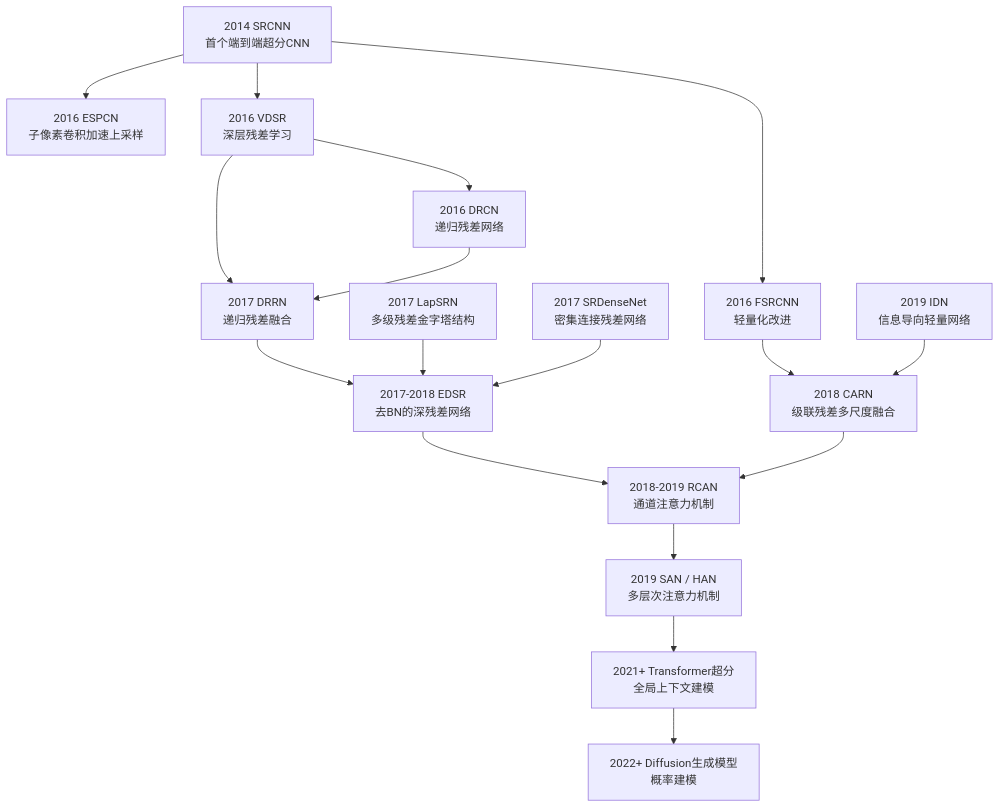
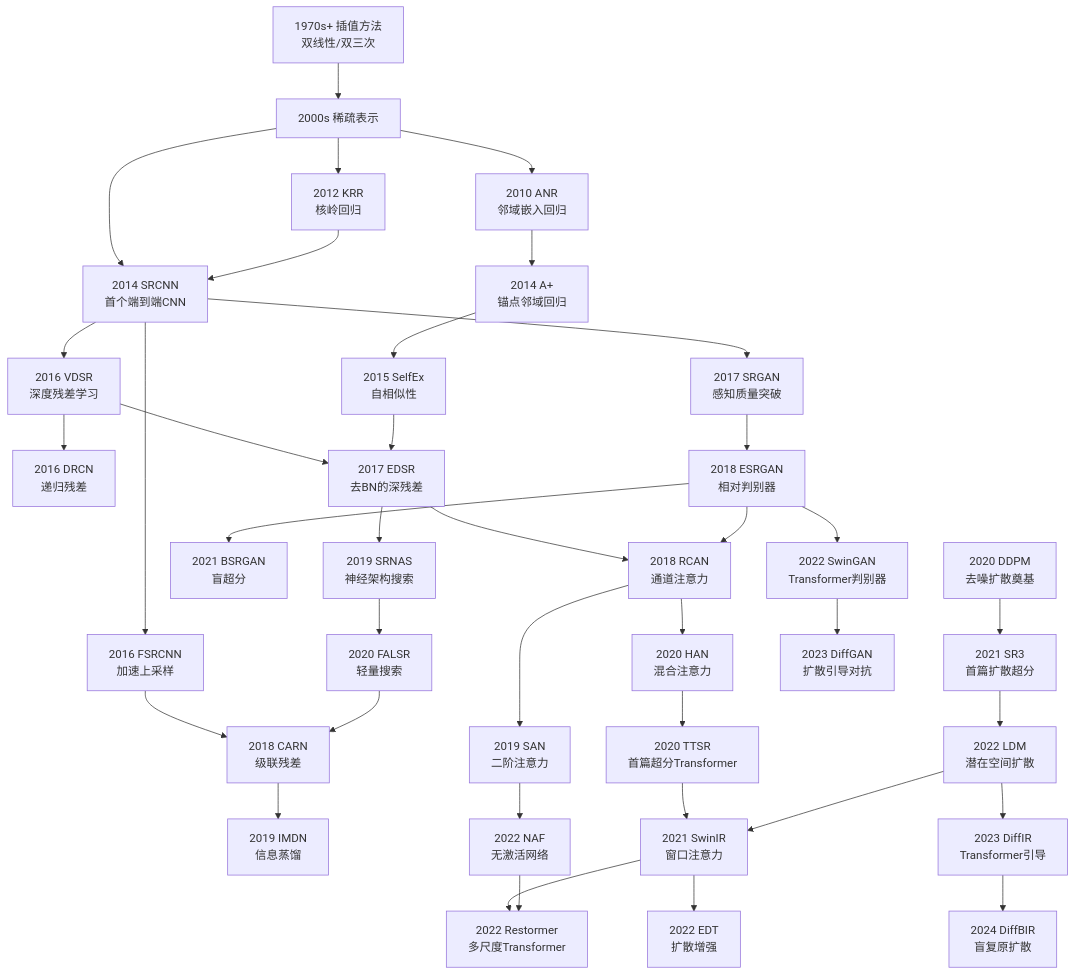
The first of 3 diagrams in docs/Content/model/index.md (boobyuuuu/LHAI), drawn with Mermaid before and after one commit. The commit also changed other lines of this file and 9 other files, not shown here.

````diff
--- a/docs/Content/model/index.md
+++ b/docs/Content/model/index.md
@@ -21,35 +23,61 @@
 ```mermaid
 graph TD
-    SRCNN[2014 SRCNN\n首个端到端超分CNN]
-    ESPCN[2016 ESPCN\n子像素卷积加速上采样]
-    VDSR[2016 VDSR\n深层残差学习]
-    DRCN[2016 DRCN\n递归残差网络]
-    FSRCNN[2016 FSRCNN\n轻量化改进]
-    DRRN[2017 DRRN\n递归残差融合]
-    LapSRN[2017 LapSRN\n多级残差金字塔结构]
-    SRDenseNet[2017 SRDenseNet\n密集连接残差网络]
-    EDSR[2017-2018 EDSR\n去BN的深残差网络]
-    IDN[2019 IDN\n信息导向轻量网络]
-    CARN[2018 CARN\n级联残差多尺度融合]
-    RCAN[2018-2019 RCAN\n通道注意力机制]
-    SAN_HAN[2019 SAN / HAN\n多层次注意力机制]
-    TRANSFORMER[2021+ Transformer超分\n全局上下文建模]
-    DIFFUSION[2022+ Diffusion生成模型\n概率建模]
-
-    SRCNN --> VDSR
-    SRCNN --> FSRCNN
-    SRCNN --> ESPCN
-    VDSR --> DRCN
-    VDSR --> DRRN
-    DRCN --> DRRN
-    DRRN --> EDSR
-    FSRCNN --> CARN
-    EDSR --> RCAN
-    CARN --> RCAN
-    RCAN --> SAN_HAN
-    SAN_HAN --> TRANSFORMER
-    TRANSFORMER --> DIFFUSION
-    LapSRN --> EDSR
-    SRDenseNet --> EDSR
-    IDN --> CARN
+    %% ===== 基础架构 =====
+    INTERP[1970s+ 插值方法<br>双线性/双三次] --> SPARSE[2000s 稀疏表示]
+    SPARSE --> NEIGHBOR[2010 ANR<br>邻域嵌入回归]
+    
+    %% ===== CNN主线 =====
+    SPARSE --> SRCNN[2014 SRCNN<br>首个端到端CNN]
+    SRCNN --> VDSR[2016 VDSR<br>深度残差学习]
+    VDSR --> DRCN[2016 DRCN<br>递归残差]
+    VDSR --> EDSR[2017 EDSR<br>去BN的深残差]
+    EDSR --> RCAN[2018 RCAN<br>通道注意力]
+    RCAN --> SAN[2019 SAN<br>二阶注意力]
+    
+    %% ===== 轻量化分支 =====
+    SRCNN --> FSRCNN[2016 FSRCNN<br>加速上采样]
+    FSRCNN --> CARN[2018 CARN<br>级联残差]
+    CARN --> IMDN[2019 IMDN<br>信息蒸馏]
+    
+    %% ===== GAN主线 =====
+    SRCNN --> SRGAN[2017 SRGAN<br>感知质量突破]
+    SRGAN --> ESRGAN[2018 ESRGAN<br>相对判别器]
+    ESRGAN --> BSRGAN[2021 BSRGAN<br>盲超分]
+    ESRGAN --> SwinGAN[2022 SwinGAN<br>Transformer判别器]
+    
+    %% ===== 注意力演进 =====
+    RCAN --> HAN[2020 HAN<br>混合注意力]
+    SAN --> NAF[2022 NAF<br>无激活网络]
+    
+    %% ===== Transformer主线 =====
+    HAN --> TTSR[2020 TTSR<br>首篇超分Transformer]
+    TTSR --> SwinIR[2021 SwinIR<br>窗口注意力]
+    SwinIR --> EDT[2022 EDT<br>扩散增强]
+    
+    %% ===== Diffusion主线 =====
+    DDPM[2020 DDPM<br>去噪扩散奠基] --> SR3[2021 SR3<br>首篇扩散超分]
+    SR3 --> LDM[2022 LDM<br>潜在空间扩散]
+    LDM --> DiffIR[2023 DiffIR<br>Transformer引导]
+    
+    %% ===== 其他独特架构 =====
+    SPARSE --> KRR[2012 KRR<br>核岭回归]
+    NEIGHBOR --> APlus[2014 A+<br>锚点邻域回归]
+    APlus --> SelfEx[2015 SelfEx<br>自相似性]
+    
+    %% ===== 神经架构搜索 =====
+    EDSR --> SRNAS[2019 SRNAS<br>神经架构搜索]
+    SRNAS --> FALSR[2020 FALSR<br>轻量搜索]
+    
+    %% ===== 跨技术融合 =====
+    SwinIR --> Restormer[2022 Restormer<br>多尺度Transformer]
+    DiffIR --> DiffBIR[2024 DiffBIR<br>盲复原扩散]
+    SwinGAN --> DiffGAN[2023 DiffGAN<br>扩散引导对抗]
+    
+    %% ===== 交叉连接 =====
+    SelfEx --> EDSR
+    ESRGAN --> RCAN
+    LDM --> SwinIR
+    NAF --> Restormer
+    FALSR --> CARN
+    KRR --> SRCNN
 ```
````
